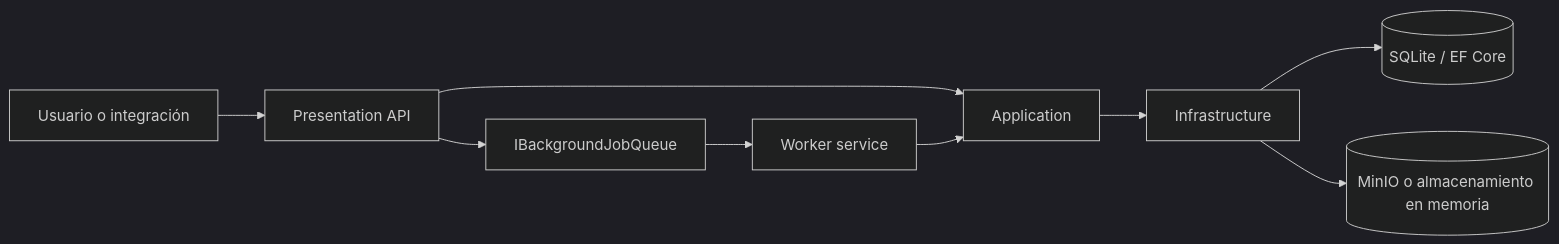
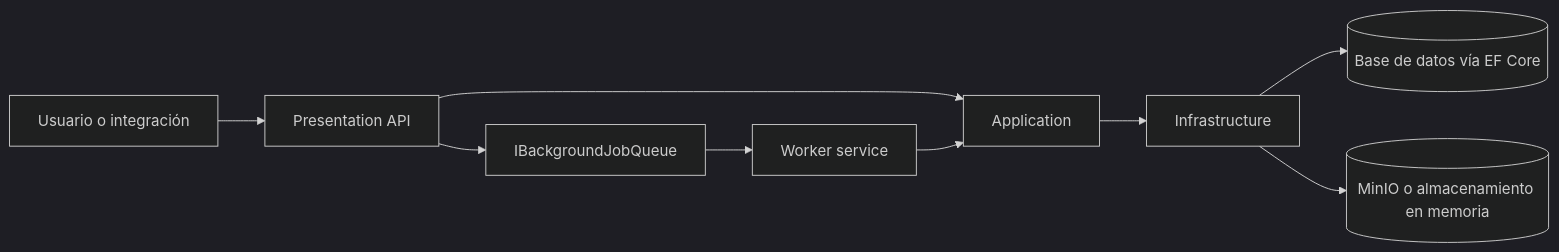
The first of 5 diagrams in docs/es/architecture.md (cbinput/UtilityMeter), drawn with Mermaid (dark theme) before and after one commit. The commit also changed other lines of this file and 2 other files, not shown here.

Commit message:
docs: align persistence wording

````diff
--- a/docs/es/architecture.md
+++ b/docs/es/architecture.md
@@ -14,11 +14,11 @@
 ```mermaid
 flowchart LR
     Client[Usuario o integración] --> API[Presentation API]
     API --> App[Application]
     App --> Infra[Infrastructure]
-    Infra --> Db[(SQLite / EF Core)]
+    Infra --> Db[(Base de datos vía EF Core)]
     Infra --> Storage[(MinIO o almacenamiento en memoria)]
     API --> Queue[IBackgroundJobQueue]
     Queue --> Worker[Worker service]
     Worker --> App
 ```
````
